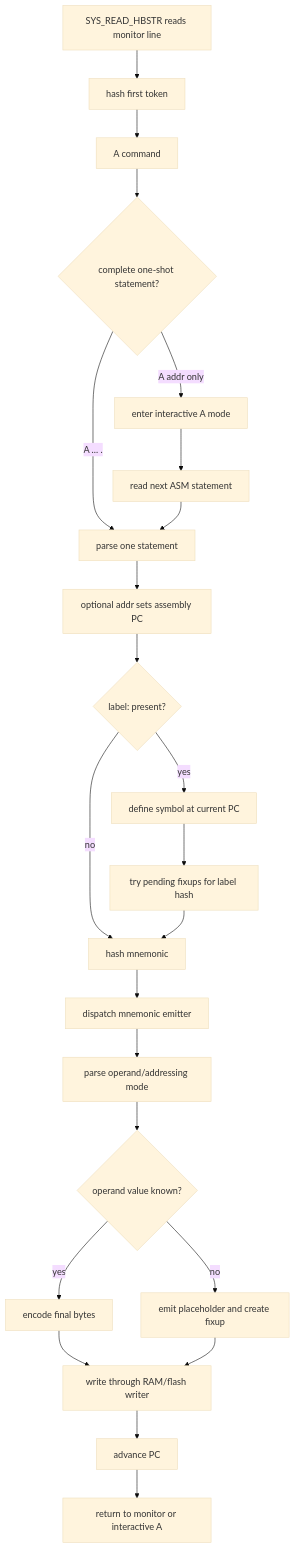
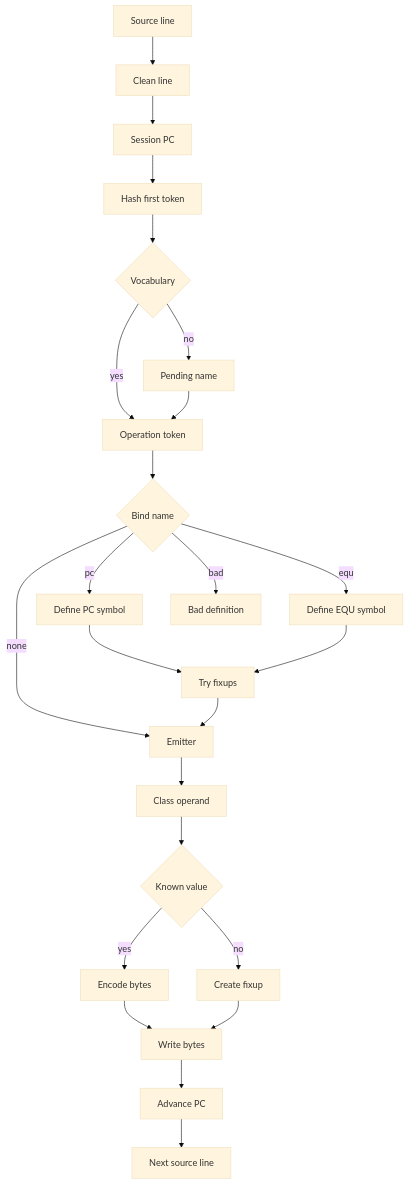
Before and after one commit to 95westus/R-YORS: the first of 6 diagrams in DOC/GUIDES/ASM/HASHED_ASM.md, drawn with Mermaid (base theme). The commit also changed other lines of this file and 6 other files, not shown here.

````diff
--- a/DOC/GUIDES/ASM/HASHED_ASM.md
+++ b/DOC/GUIDES/ASM/HASHED_ASM.md
@@ -260,30 +1863,47 @@
 ```mermaid
 flowchart TD
-    LINE[SYS_READ_HBSTR reads monitor line]
-    LINE --> DISPATCH[hash first token]
-    DISPATCH --> ACMD[A command]
+    LINE[Source line]
+    CLEAN[Clean line]
+    PC[Session PC]
+    FIRST[Hash first token]
+    VOCAB{Vocabulary}
+    OP[Operation token]
+    PENDING[Pending name]
+    BIND{Bind name}
+    DEFPC[Define PC symbol]
+    DEFEQU[Define EQU symbol]
+    BADDEF[Bad definition]
+    EMITTER[Emitter]
+    FIXTRY[Try fixups]
+    OPERAND[Class operand]
+    KNOWN{Known value}
+    ENCODE[Encode bytes]
+    MAKEFIX[Create fixup]
+    WRITE[Write bytes]
+    ADVANCE[Advance PC]
+    DONE[Next source line]
 
-    ACMD --> MODE{complete one-shot statement?}
-    MODE -->|A addr only| INTERACTIVE[enter interactive A mode]
-    MODE -->|A ... .| ONESHOT[parse one statement]
-
-    INTERACTIVE --> READSTMT[read next ASM statement]
-    READSTMT --> ONESHOT
-
-    ONESHOT --> ADDR[optional addr sets assembly PC]
-    ADDR --> LABEL{label: present?}
-    LABEL -->|yes| DEF_LABEL[define symbol at current PC]
-    LABEL -->|no| MNEM
-    DEF_LABEL --> TRY_FIXUPS[try pending fixups for label hash]
-    TRY_FIXUPS --> MNEM[hash mnemonic]
-
-    MNEM --> EMITTER[dispatch mnemonic emitter]
-    EMITTER --> OPERAND[parse operand/addressing mode]
-    OPERAND --> KNOWN{operand value known?}
-    KNOWN -->|yes| ENCODE[encode final bytes]
-    KNOWN -->|no| MAKE_FIXUP[emit placeholder and create fixup]
-    ENCODE --> WRITE[write through RAM/flash writer]
-    MAKE_FIXUP --> WRITE
-    WRITE --> ADVANCE[advance PC]
-    ADVANCE --> DONE[return to monitor or interactive A]
+    LINE --> CLEAN
+    CLEAN --> PC
+    PC --> FIRST
+    FIRST --> VOCAB
+    VOCAB -->|yes| OP
+    VOCAB -->|no| PENDING
+    PENDING --> OP
+    OP --> BIND
+    BIND -->|pc| DEFPC
+    BIND -->|equ| DEFEQU
+    BIND -->|bad| BADDEF
+    BIND -->|none| EMITTER
+    DEFPC --> FIXTRY
+    DEFEQU --> FIXTRY
+    FIXTRY --> EMITTER
+    EMITTER --> OPERAND
+    OPERAND --> KNOWN
+    KNOWN -->|yes| ENCODE
+    KNOWN -->|no| MAKEFIX
+    ENCODE --> WRITE
+    MAKEFIX --> WRITE
+    WRITE --> ADVANCE
+    ADVANCE --> DONE
 ```
````
